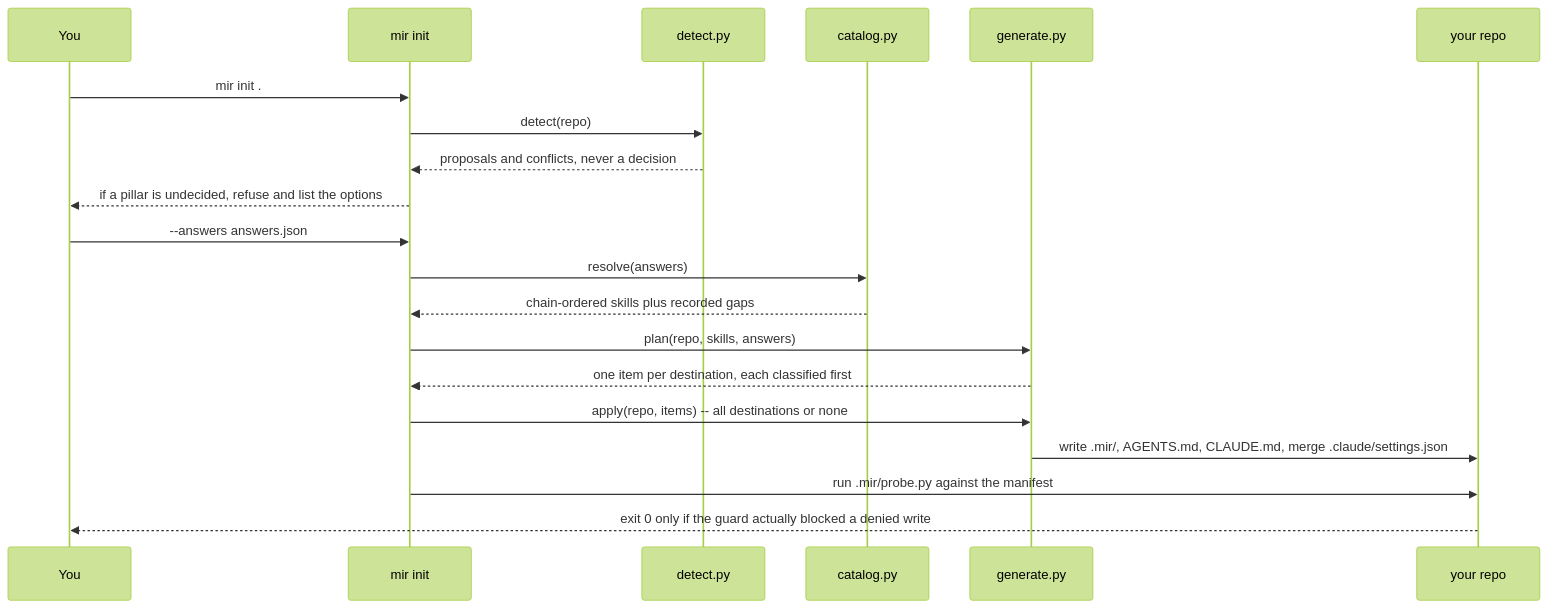
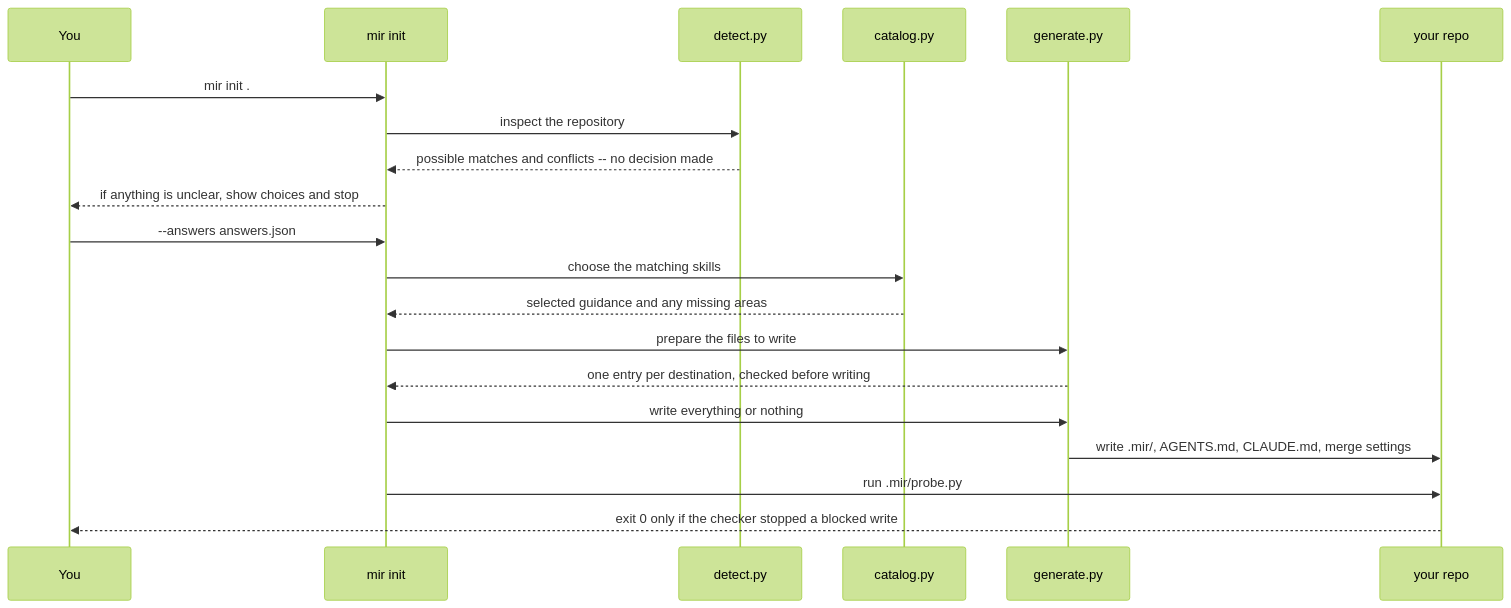
The sixth of 7 diagrams in README.md (anantbhandarkar/make-it-right), drawn with Mermaid (forest theme) before and after one commit. The commit also changed other lines of this file and 2 other files, not shown here.

````diff
--- a/README.md
+++ b/README.md
@@ -345,24 +429,24 @@
 ```mermaid
 sequenceDiagram
-    accTitle: What mir init actually does
-    accDescr: Sequence of a mir init run -- you invoke the CLI, it detects the stack and refuses to guess, you supply answers, catalog resolves the skill chain, generate plans and then writes every destination or none, and the probe verifies the guard blocks
+    accTitle: How mir init sets up a project
+    accDescr: Sequence for mir init: inspect the repository, ask for answers when needed, choose the matching skills, write the complete setup or nothing, then test the checker
     participant u as You
     participant cli as mir init
     participant det as detect.py
     participant cat as catalog.py
     participant gen as generate.py
     participant repo as your repo
     u->>cli: mir init .
-    cli->>det: detect(repo)
-    det-->>cli: proposals and conflicts, never a decision
-    cli-->>u: if a pillar is undecided, refuse and list the options
+    cli->>det: inspect the repository
+    det-->>cli: possible matches and conflicts -- no decision made
+    cli-->>u: if anything is unclear, show choices and stop
     u->>cli: --answers answers.json
-    cli->>cat: resolve(answers)
-    cat-->>cli: chain-ordered skills plus recorded gaps
-    cli->>gen: plan(repo, skills, answers)
-    gen-->>cli: one item per destination, each classified first
-    cli->>gen: apply(repo, items) -- all destinations or none
-    gen->>repo: write .mir/, AGENTS.md, CLAUDE.md, merge .claude/settings.json
-    cli->>repo: run .mir/probe.py against the manifest
-    repo-->>u: exit 0 only if the guard actually blocked a denied write
+    cli->>cat: choose the matching skills
+    cat-->>cli: selected guidance and any missing areas
+    cli->>gen: prepare the files to write
+    gen-->>cli: one entry per destination, checked before writing
+    cli->>gen: write everything or nothing
+    gen->>repo: write .mir/, AGENTS.md, CLAUDE.md, merge settings
+    cli->>repo: run .mir/probe.py
+    repo-->>u: exit 0 only if the checker stopped a blocked write
 ```
````
